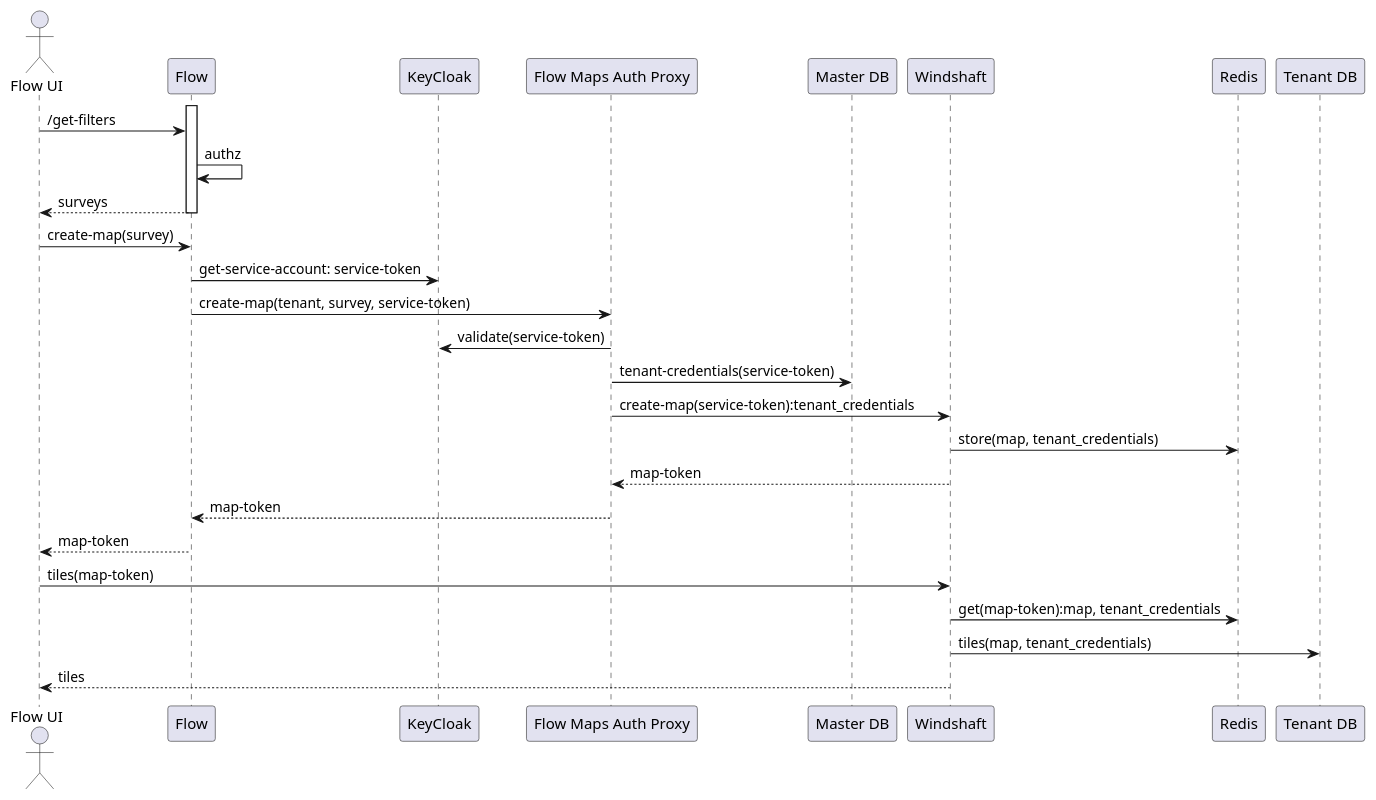
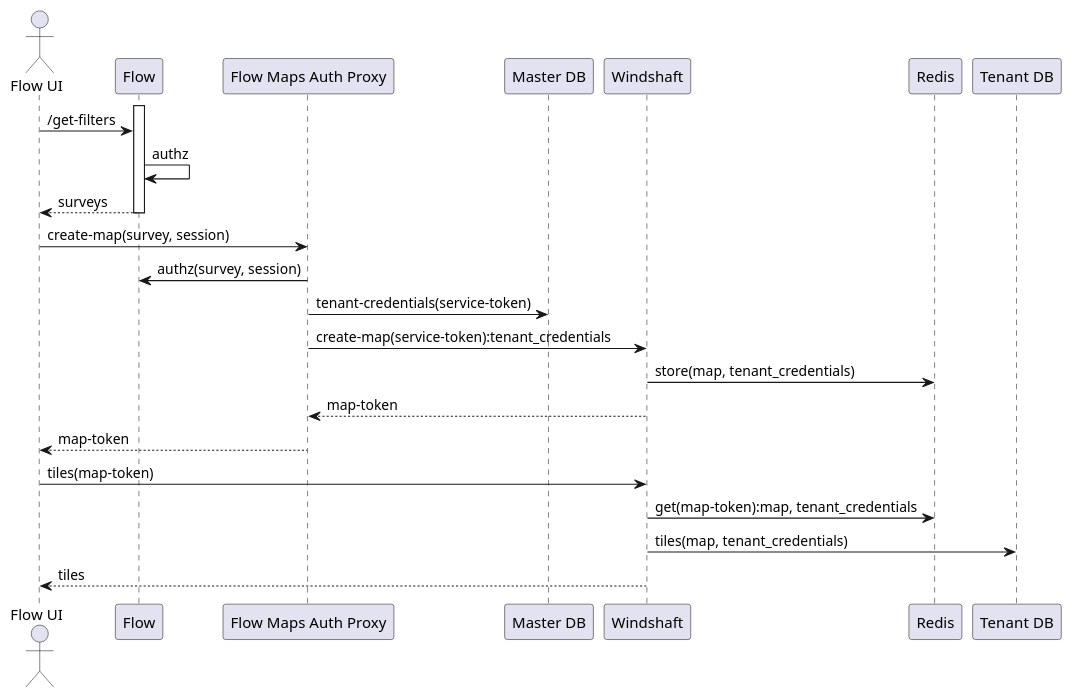
The diagram in doc/proxy-auth.puml (akvo/akvo-flow-maps), drawn with PlantUML before and after one commit. The commit also changed 1 other file, not shown here.

```diff
--- a/doc/proxy-auth.puml
+++ b/doc/proxy-auth.puml
@@ -1,33 +1,29 @@
 @startuml
 actor "Flow UI" as ui
 participant Flow
-participant "KeyCloak" as kc
 participant "Flow Maps Auth Proxy" as mp
 participant "Master DB" as db
 participant "Windshaft" as wind
 participant "Redis" as redis
 participant "Tenant DB" as tdb
 
 activate Flow
 ui -> Flow: /get-filters
 Flow -> Flow: authz
 Flow --> ui: surveys
 deactivate Flow
 
-ui -> Flow: create-map(survey)
-Flow -> kc: get-service-account: service-token
-Flow -> mp: create-map(tenant, survey, service-token)
-mp -> kc: validate(service-token)
+ui -> mp: create-map(survey, session)
+mp -> Flow: authz(survey, session)
 mp -> db: tenant-credentials(service-token)
 mp -> wind: create-map(service-token):tenant_credentials
 wind -> redis: store(map, tenant_credentials)
 wind --> mp: map-token
-mp --> Flow: map-token
-Flow --> ui: map-token
+mp --> ui: map-token
 
 ui -> wind: tiles(map-token)
 wind -> redis: get(map-token):map, tenant_credentials
 wind -> tdb: tiles(map, tenant_credentials)
 wind --> ui: tiles
 
 @enduml
```
